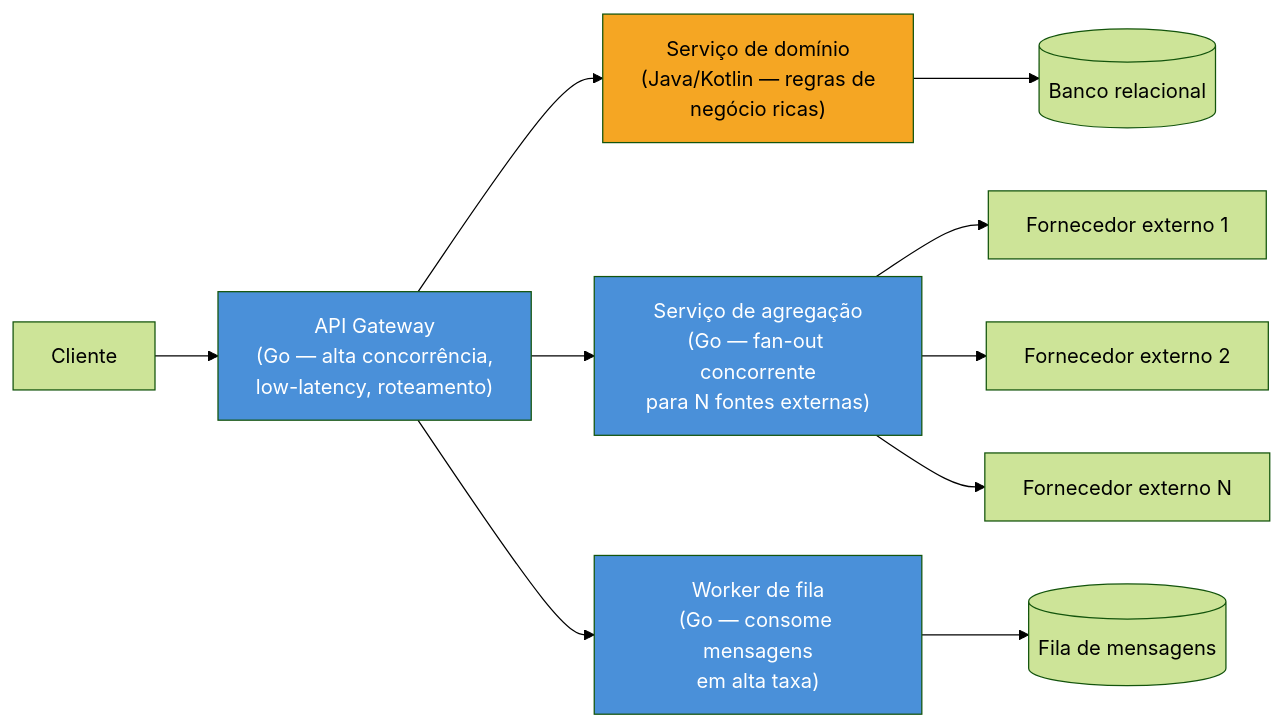
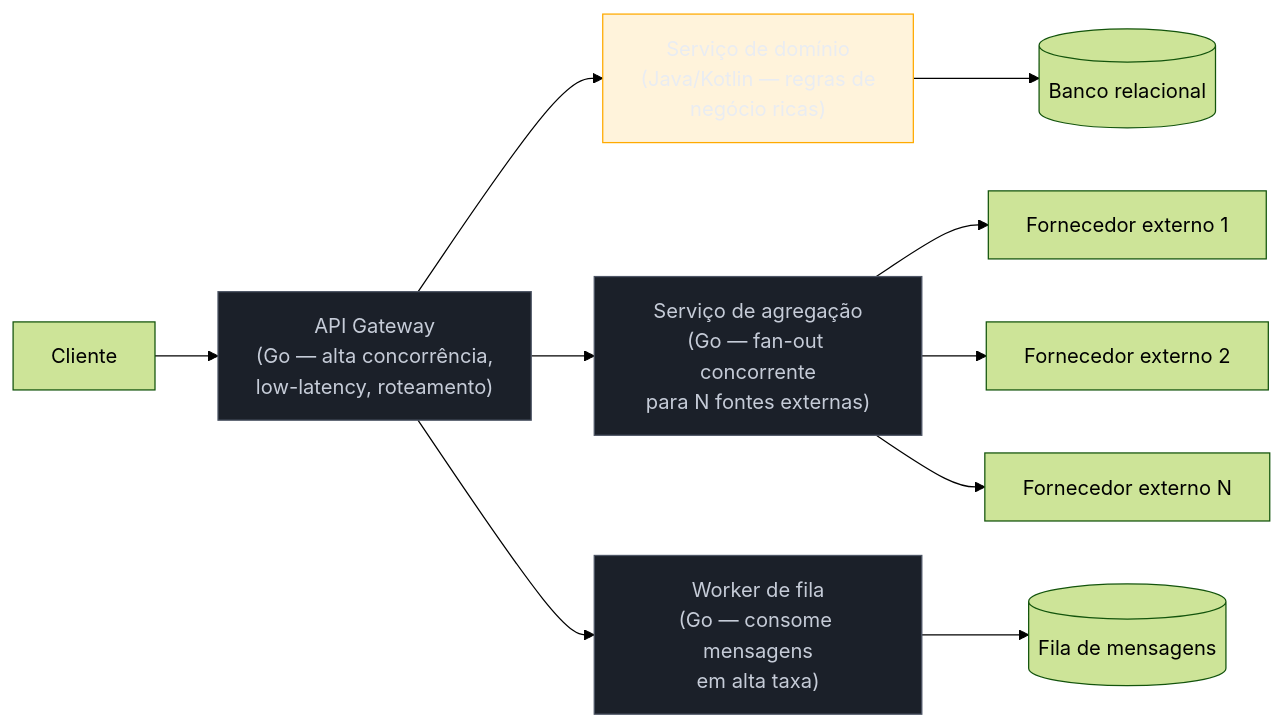
One commit to josenaldo/codex-technomanticus changed the second of 2 diagrams in 03-Dominios/Tecnologia/Go/21 - Preparação para entrevista de Go/06 - System design com Go.md. Above: the diagram before and after it, drawn with Mermaid (forest theme). The commit also changed other lines of this file and 1181 other files, not shown here.

First line of the commit message:
fix(diagramas): paleta do sistema no lugar de cor cravada no markdown

````diff
--- a/03-Dominios/Tecnologia/Go/21 - Preparação para entrevista de Go/06 - System design com Go.md
+++ b/03-Dominios/Tecnologia/Go/21 - Preparação para entrevista de Go/06 - System design com Go.md
@@ -154,17 +155,19 @@
 ```mermaid
 flowchart LR
+    classDef neutro fill:#1B2029,stroke:#4E5666,color:#C6CCD8
+    classDef destaque fill:#FFAA0024,stroke:#FFAA00,color:#E9ECF2
     Client["Cliente"] --> GW["API Gateway\n(Go — alta concorrência,\nlow-latency, roteamento)"]
     GW --> Domain["Serviço de domínio\n(Java/Kotlin — regras de\nnegócio ricas)"]
     GW --> Agg["Serviço de agregação\n(Go — fan-out concorrente\npara N fontes externas)"]
     Domain --> DB[(Banco relacional)]
     Agg --> Ext1["Fornecedor externo 1"]
     Agg --> Ext2["Fornecedor externo 2"]
     Agg --> Ext3["Fornecedor externo N"]
     GW --> Worker["Worker de fila\n(Go — consome mensagens\nem alta taxa)"]
     Worker --> Queue[("Fila de mensagens")]
 
-    style GW fill:#4A90D9,color:#fff
-    style Agg fill:#4A90D9,color:#fff
-    style Worker fill:#4A90D9,color:#fff
-    style Domain fill:#F5A623,color:#000
+    class GW neutro
+    class Agg neutro
+    class Worker neutro
+    class Domain destaque
 ```
````
